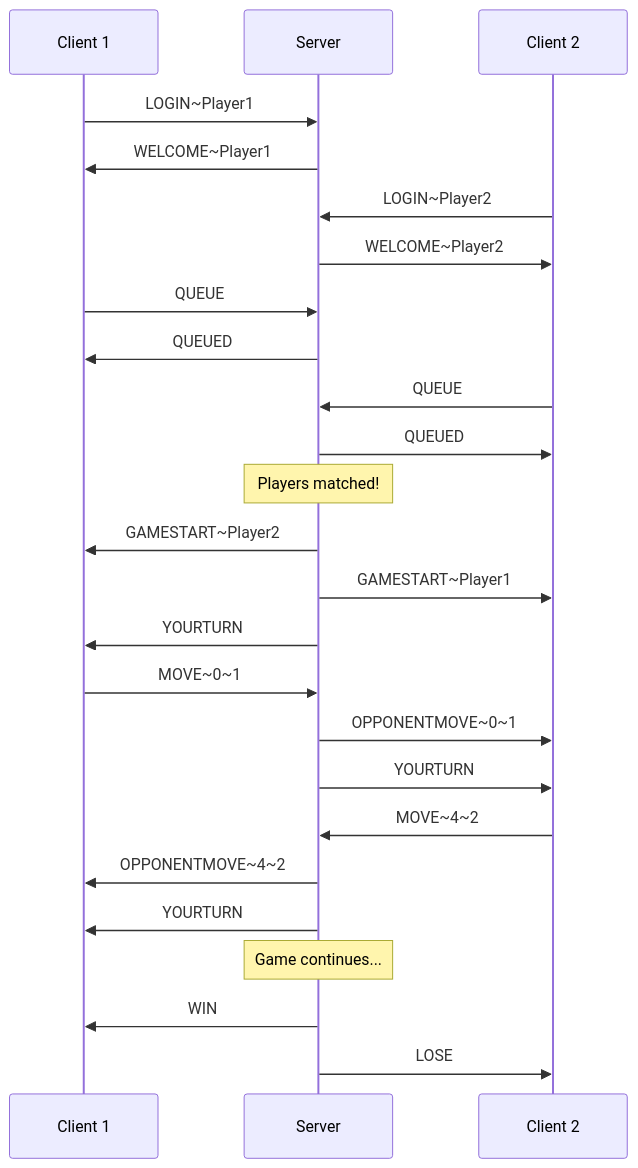
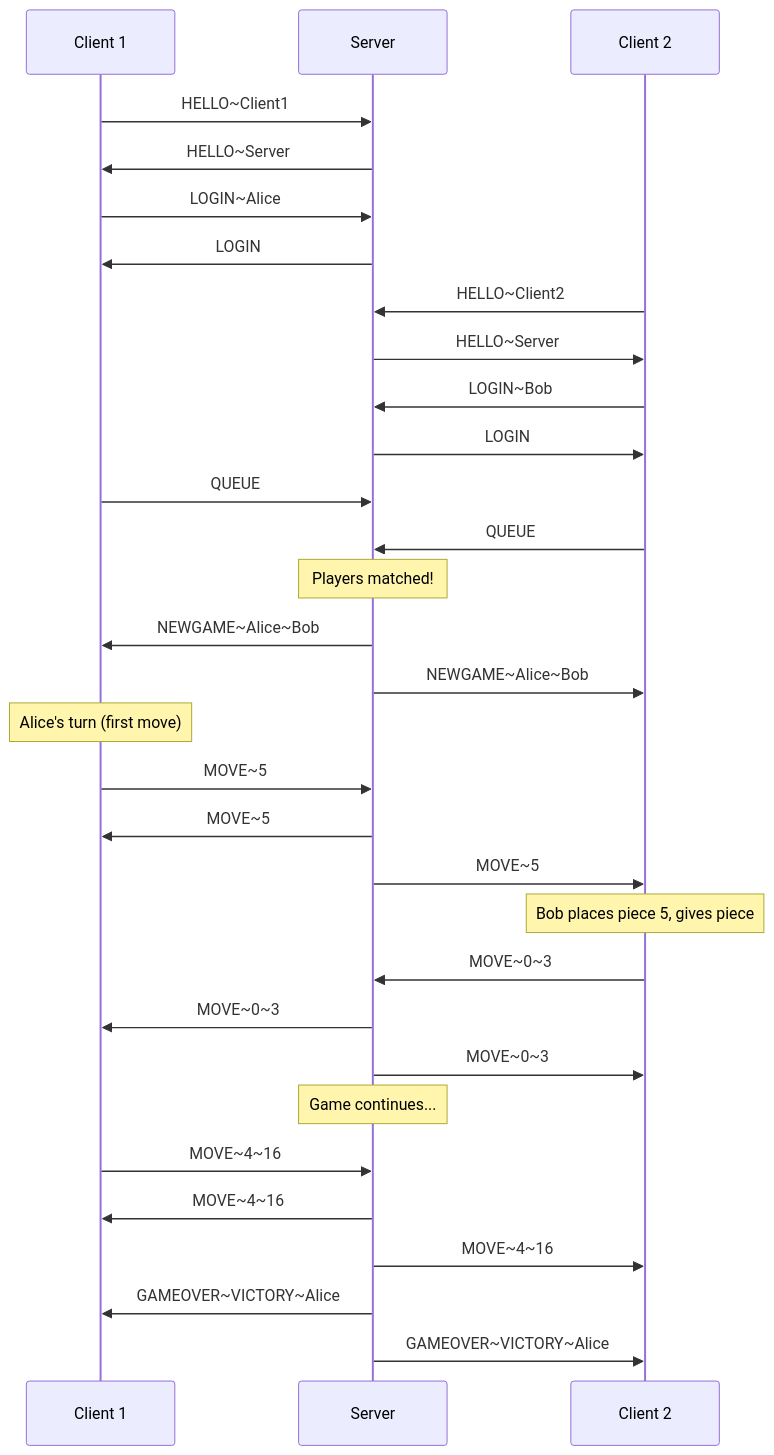
The diagram in docs/protocol-commands.md (ramzxy/quarto), drawn with Mermaid before and after one commit. The commit also changed other lines of this file and 7 other files, not shown here.

````diff
--- a/docs/protocol-commands.md
+++ b/docs/protocol-commands.md
@@ -346,37 +308,42 @@
 ```mermaid
 sequenceDiagram
     participant C1 as Client 1
     participant S as Server
     participant C2 as Client 2
 
-    C1->>S: LOGIN~Player1
-    S->>C1: WELCOME~Player1
+    C1->>S: HELLO~Client1
+    S->>C1: HELLO~Server
+    C1->>S: LOGIN~Alice
+    S->>C1: LOGIN
 
-    C2->>S: LOGIN~Player2
-    S->>C2: WELCOME~Player2
+    C2->>S: HELLO~Client2
+    S->>C2: HELLO~Server
+    C2->>S: LOGIN~Bob
+    S->>C2: LOGIN
 
     C1->>S: QUEUE
-    S->>C1: QUEUED
-
     C2->>S: QUEUE
-    S->>C2: QUEUED
 
     Note over S: Players matched!
 
-    S->>C1: GAMESTART~Player2
-    S->>C2: GAMESTART~Player1
-    S->>C1: YOURTURN
+    S->>C1: NEWGAME~Alice~Bob
+    S->>C2: NEWGAME~Alice~Bob
 
-    C1->>S: MOVE~0~1
-    S->>C2: OPPONENTMOVE~0~1
-    S->>C2: YOURTURN
+    Note over C1: Alice's turn (first move)
+    C1->>S: MOVE~5
+    S->>C1: MOVE~5
+    S->>C2: MOVE~5
 
-    C2->>S: MOVE~4~2
-    S->>C1: OPPONENTMOVE~4~2
-    S->>C1: YOURTURN
+    Note over C2: Bob places piece 5, gives piece
+    C2->>S: MOVE~0~3
+    S->>C1: MOVE~0~3
+    S->>C2: MOVE~0~3
 
     Note over S: Game continues...
 
-    S->>C1: WIN
-    S->>C2: LOSE
+    C1->>S: MOVE~4~16
+    S->>C1: MOVE~4~16
+    S->>C2: MOVE~4~16
+    S->>C1: GAMEOVER~VICTORY~Alice
+    S->>C2: GAMEOVER~VICTORY~Alice
 ```
````
